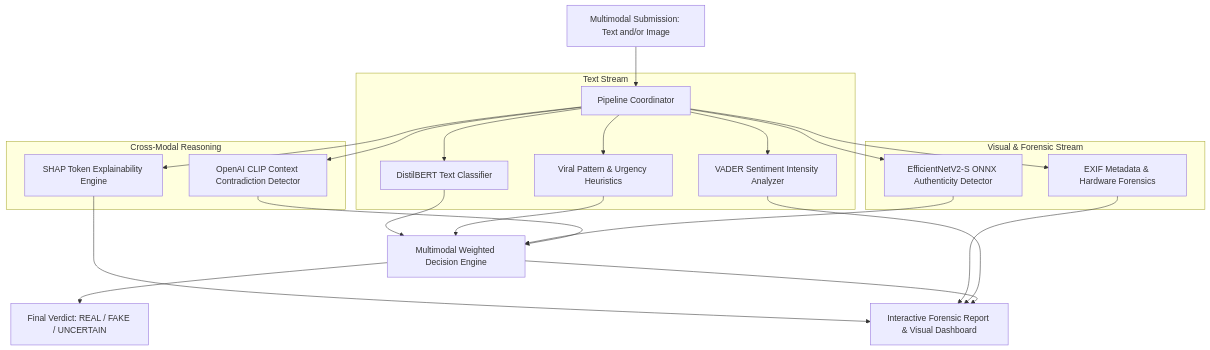
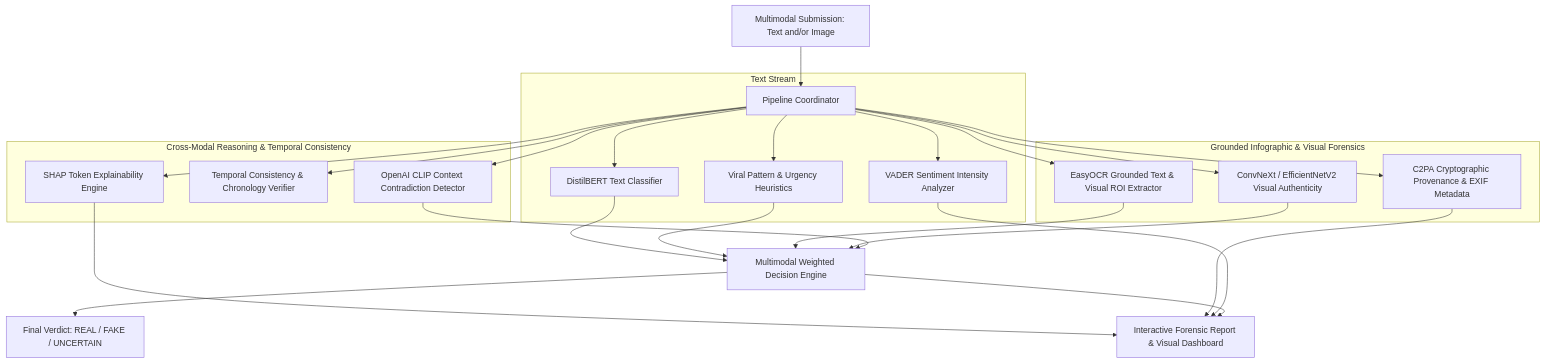
Before and after one commit to khadijahIrfan/DeepGuard: the diagram in README.md, drawn with Mermaid. The commit also changed other lines of this file and 2 other files, not shown here.

Commit message:
fix(deps): add easyocr and c2pa-python to requirements.txt and document OCR setup

````diff
--- a/README.md
+++ b/README.md
@@ -18,24 +18,26 @@
 ```mermaid
 flowchart TD
     POST[Multimodal Submission: Text and/or Image] --> PIPELINE[Pipeline Coordinator]
 
     subgraph Text Stream
         PIPELINE --> T1[DistilBERT Text Classifier]
         PIPELINE --> T2[Viral Pattern & Urgency Heuristics]
         PIPELINE --> T3[VADER Sentiment Intensity Analyzer]
     end
 
-    subgraph Visual & Forensic Stream
-        PIPELINE --> V1[EfficientNetV2-S ONNX Authenticity Detector]
-        PIPELINE --> V2[EXIF Metadata & Hardware Forensics]
+    subgraph Grounded Infographic & Visual Forensics
+        PIPELINE --> G1[EasyOCR Grounded Text & Visual ROI Extractor]
+        PIPELINE --> V1[ConvNeXt / EfficientNetV2 Visual Authenticity]
+        PIPELINE --> V2[C2PA Cryptographic Provenance & EXIF Metadata]
     end
 
-    subgraph Cross-Modal Reasoning
+    subgraph Cross-Modal Reasoning & Temporal Consistency
         PIPELINE --> C1[OpenAI CLIP Context Contradiction Detector]
-        PIPELINE --> C2[SHAP Token Explainability Engine]
+        PIPELINE --> C2[Temporal Consistency & Chronology Verifier]
+        PIPELINE --> C3[SHAP Token Explainability Engine]
     end
 
-    T1 & T2 & V1 & C1 --> FUSION[Multimodal Weighted Decision Engine]
+    T1 & T2 & G1 & V1 & C1 --> FUSION[Multimodal Weighted Decision Engine]
     FUSION --> VERDICT[Final Verdict: REAL / FAKE / UNCERTAIN]
-    C2 & V2 & T3 & FUSION --> UI[Interactive Forensic Report & Visual Dashboard]
+    C3 & V2 & T3 & FUSION --> UI[Interactive Forensic Report & Visual Dashboard]
 ```
````
